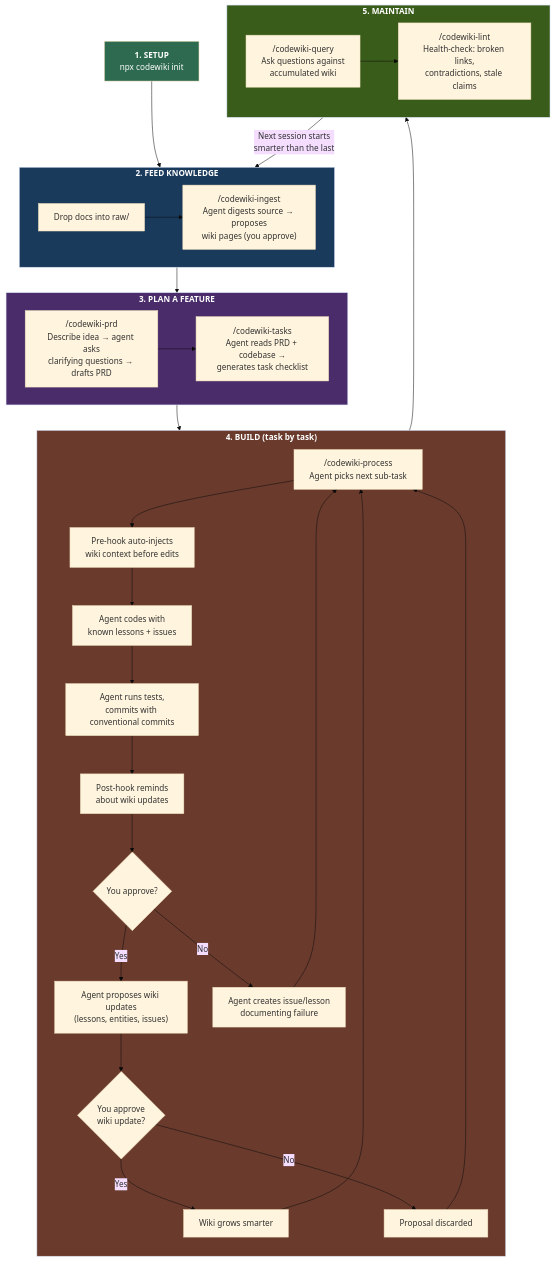
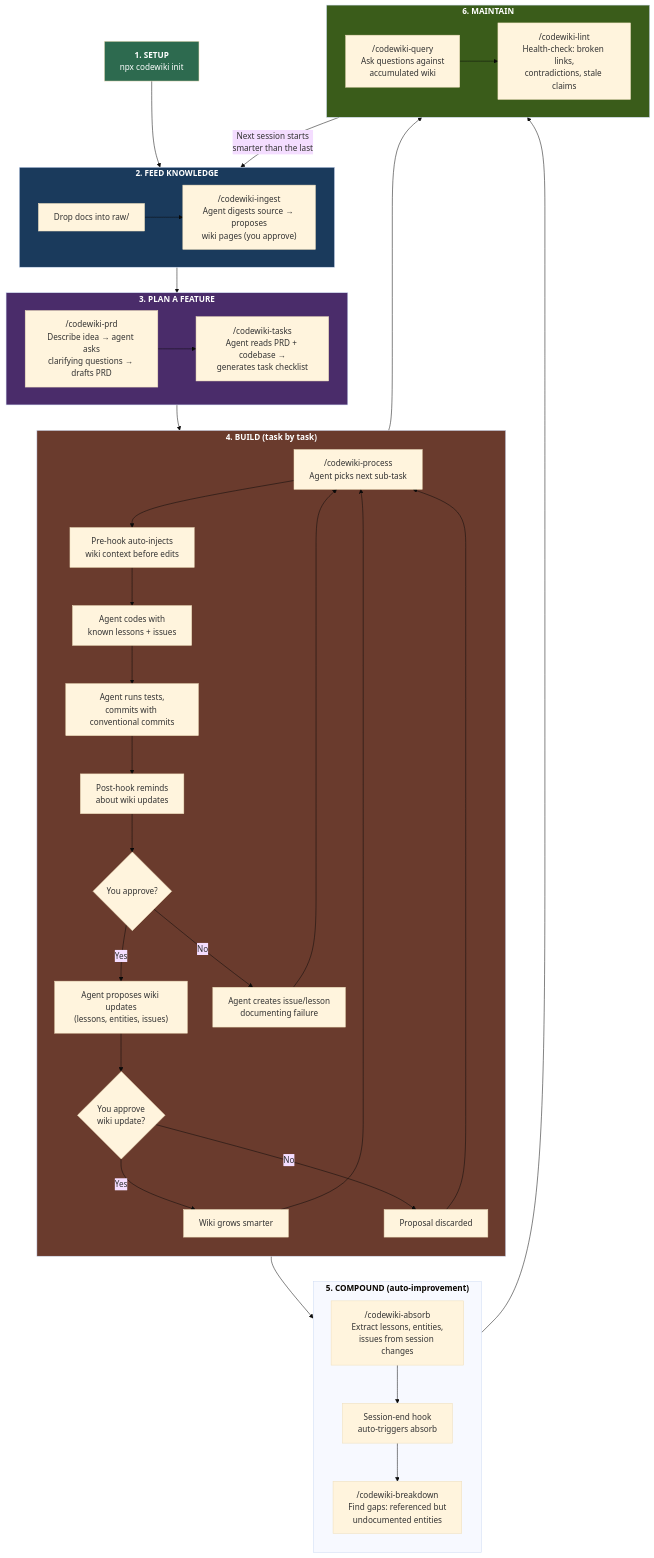
The first of 3 diagrams in README.md (giuice/CodeWiki), drawn with Mermaid (base theme) before and after one commit. The commit also changed other lines of this file and 8 other files, not shown here.

````diff
--- a/README.md
+++ b/README.md
@@ -17,50 +17,60 @@
 ```mermaid
 flowchart TD
   Init["<b>1. SETUP</b><br/>npx codewiki init"] --> Feed
 
   subgraph Feed["<b>2. FEED KNOWLEDGE</b>"]
     direction LR
     F1["Drop docs into raw/"] --> F2["/codewiki-ingest<br/>Agent digests source → proposes<br/>wiki pages (you approve)"]
   end
 
   Feed --> Plan
 
   subgraph Plan["<b>3. PLAN A FEATURE</b>"]
     direction LR
     P1["/codewiki-prd<br/>Describe idea → agent asks<br/>clarifying questions → drafts PRD"] --> P2["/codewiki-tasks<br/>Agent reads PRD + codebase →<br/>generates task checklist"]
   end
 
   Plan --> Build
 
   subgraph Build["<b>4. BUILD (task by task)</b>"]
     direction TB
     B1["/codewiki-process<br/>Agent picks next sub-task"] --> B2["Pre-hook auto-injects<br/>wiki context before edits"]
     B2 --> B3["Agent codes with<br/>known lessons + issues"]
     B3 --> B4["Agent runs tests,<br/>commits with conventional commits"]
     B4 --> B5["Post-hook reminds<br/>about wiki updates"]
     B5 --> B6{"You approve?"}
     B6 -- "Yes" --> B7["Agent proposes wiki updates<br/>(lessons, entities, issues)"]
     B7 --> B8{"You approve<br/>wiki update?"}
     B8 -- "Yes" --> B9["Wiki grows smarter"]
     B8 -- "No" --> B10["Proposal discarded"]
     B6 -- "No" --> B11["Agent creates issue/lesson<br/>documenting failure"]
     B11 --> B1
     B9 --> B1
     B10 --> B1
   end
 
   Build --> Maintain
 
-  subgraph Maintain["<b>5. MAINTAIN</b>"]
+  Build --> Compound
+
+  subgraph Compound["<b>5. COMPOUND (auto-improvement)</b>"]
+    direction TB
+    C1["/codewiki-absorb<br/>Extract lessons, entities,<br/>issues from session changes"] --> C2["Session-end hook<br/>auto-triggers absorb"]
+    C2 --> C3["/codewiki-breakdown<br/>Find gaps: referenced but<br/>undocumented entities"]
+  end
+
+  Compound --> Maintain
+
+  subgraph Maintain["<b>6. MAINTAIN</b>"]
     direction LR
     M1["/codewiki-query<br/>Ask questions against<br/>accumulated wiki"] --> M2["/codewiki-lint<br/>Health-check: broken links,<br/>contradictions, stale claims"]
   end
 
   Maintain -->|"Next session starts<br/>smarter than the last"| Feed
 
   style Init fill:#2d6a4f,color:#fff
   style Feed fill:#1a3a5c,color:#fff
   style Plan fill:#4a2c6a,color:#fff
   style Build fill:#6a3b2d,color:#fff
   style Maintain fill:#3a5c1a,color:#fff
 ```
````
